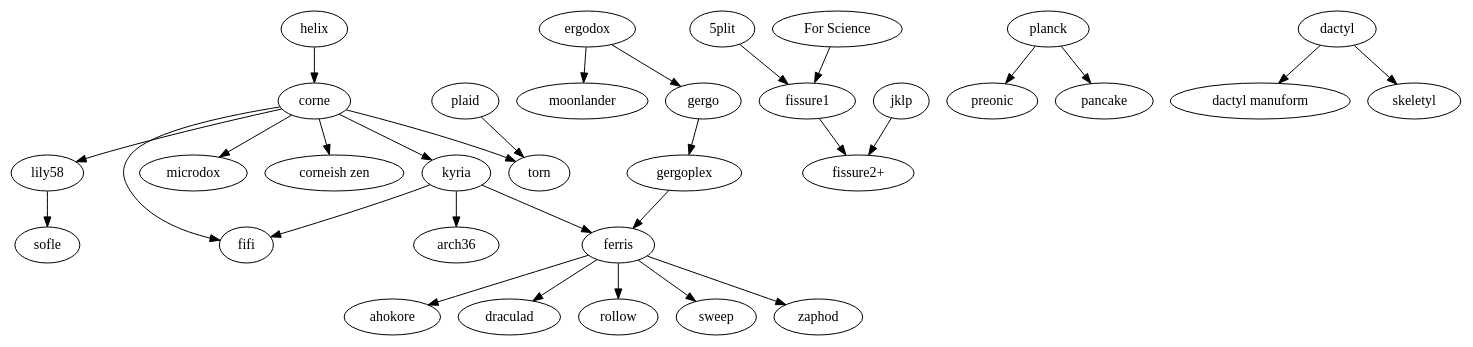
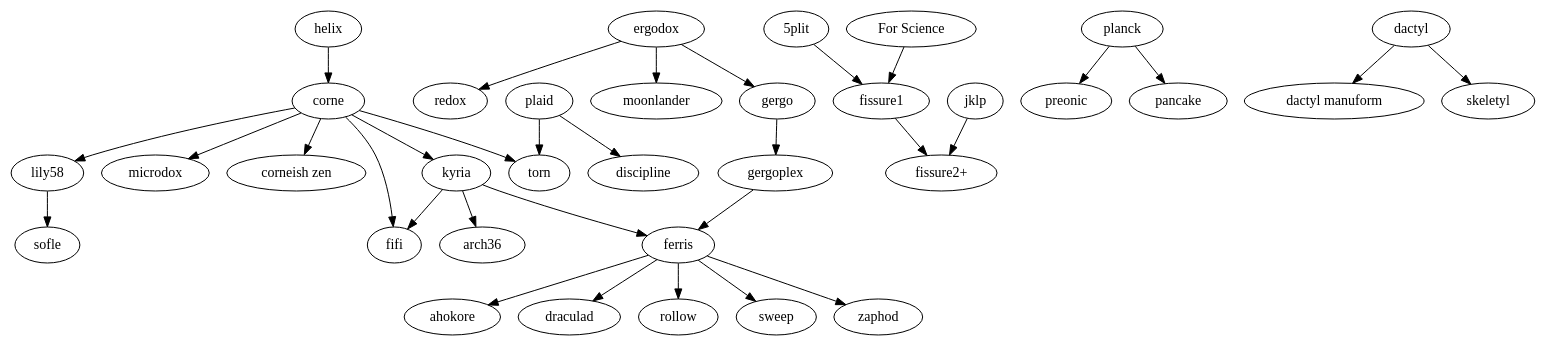
The diagram in tree.gv (petejohanson/mk-family-tree), drawn with Graphviz before and after one commit.

Commit message:
Add discipline and redox.

```diff
--- a/tree.gv
+++ b/tree.gv
@@ -1,58 +1,62 @@
 digraph T {
   subgraph splits {
     helix -> corne;
 
     corne -> {
       "corneish zen",
       fifi,
       kyria,
       lily58,
       microdox,
       torn
     };
 
     lily58 -> sofle;
 
     kyria -> {
         arch36,
         ferris,
         fifi
     };
 
     ergodox -> {
       gergo,
-      moonlander
+      moonlander,
+      redox
     };
 
     gergo -> gergoplex;
     gergoplex -> ferris;
 
     ferris -> {
       ahokore,
       draculad,
       rollow,
       sweep,
       zaphod
     };
 
     "5plit" -> "fissure1";
     "For Science" -> "fissure1";
     fissure1 -> "fissure2+";
     jklp -> "fissure2+";
   }
 
   subgraph ortholinear {
-    plaid -> torn;
+    plaid -> {
+      discipline,
+      torn
+    };
     planck -> {
       preonic,
       pancake
     };
   }
 
   subgraph {
     dactyl -> {
       "dactyl manuform",
       skeletyl
     }
   }
 }
```
